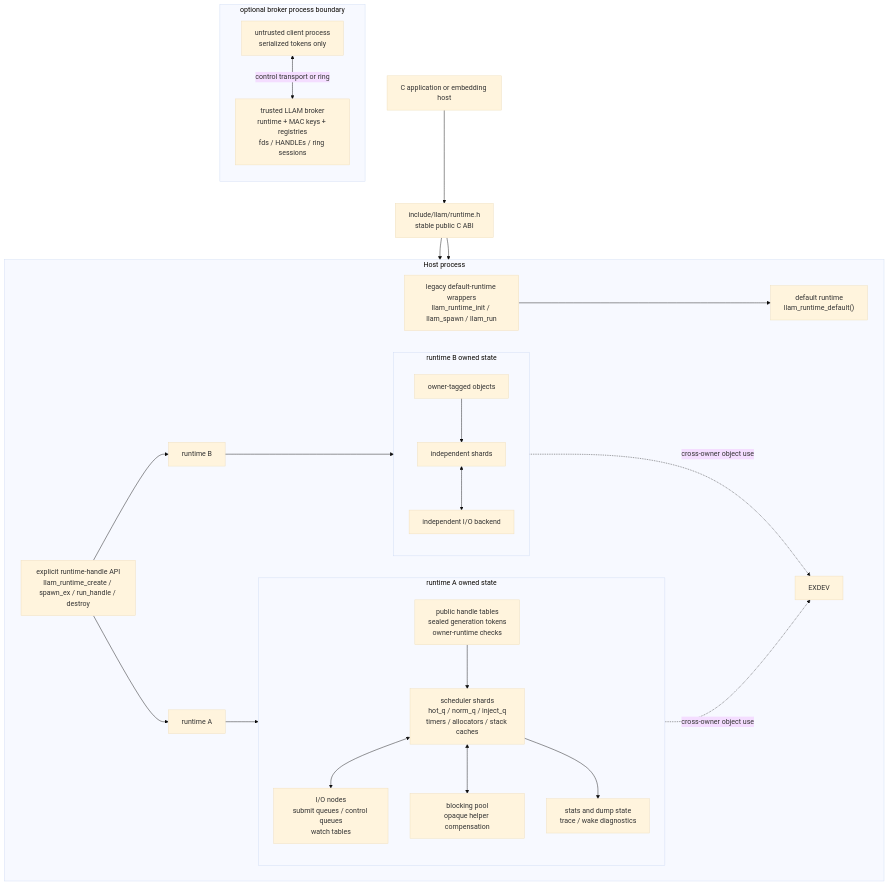
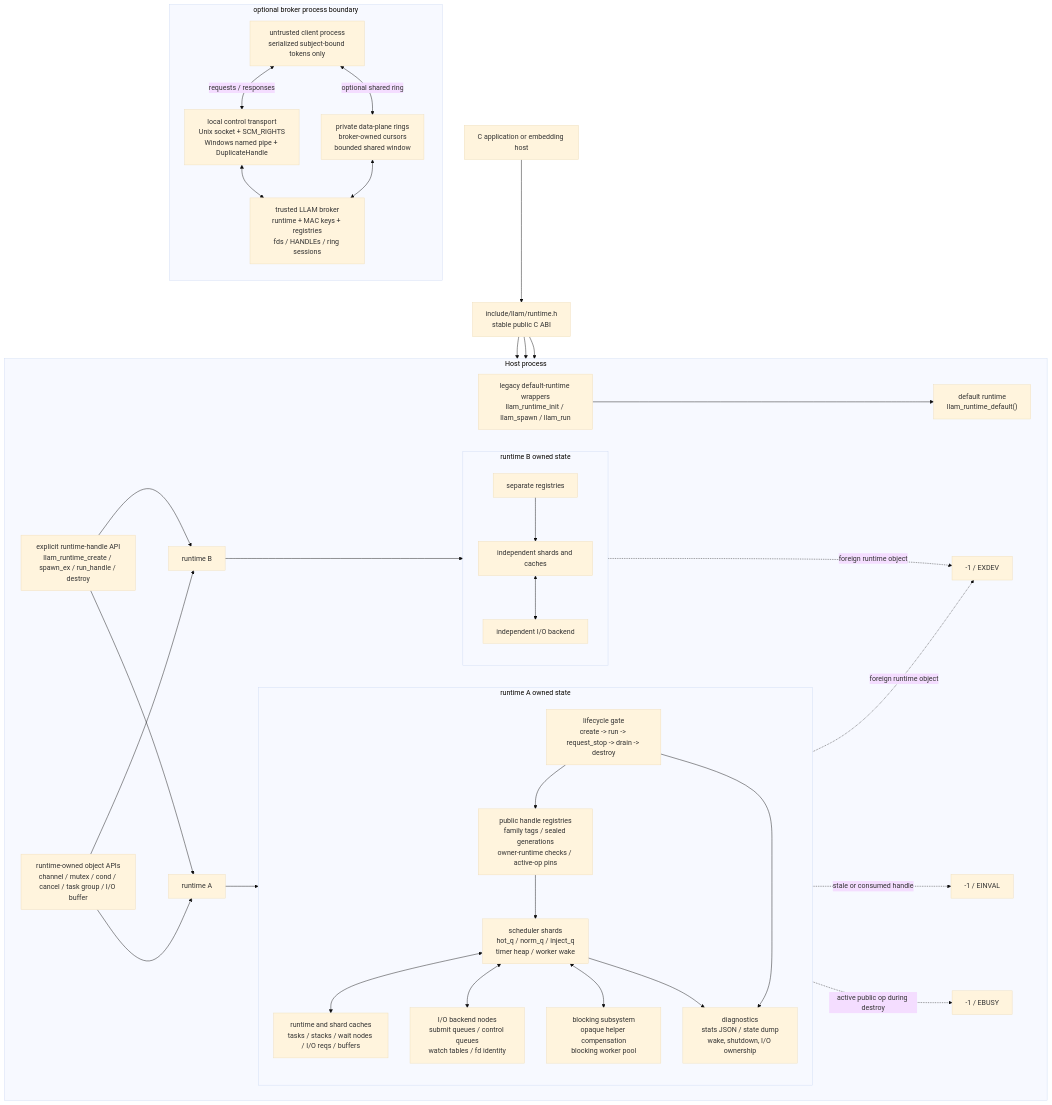
Before and after one commit to Feralthedogg/LLAM: the first of 4 diagrams in README.md, drawn with Mermaid (base theme). The commit also changed other lines of this file and 4 other files, not shown here.

Commit message:
Make broker channel storage stack safe

````diff
--- a/README.md
+++ b/README.md
@@ -1066,47 +1067,62 @@
 ```mermaid
 flowchart TB
     App["C application or embedding host"] --> PublicAPI["include/llam/runtime.h\nstable public C ABI"]
     PublicAPI --> DefaultAPI["legacy default-runtime wrappers\nllam_runtime_init / llam_spawn / llam_run"]
     PublicAPI --> HandleAPI["explicit runtime-handle API\nllam_runtime_create / spawn_ex / run_handle / destroy"]
+    PublicAPI --> ObjectAPI["runtime-owned object APIs\nchannel / mutex / cond / cancel / task group / I/O buffer"]
 
     subgraph Process["Host process"]
         direction LR
         DefaultAPI --> DefaultRuntime["default runtime\nllam_runtime_default()"]
         HandleAPI --> RuntimeA["runtime A"]
         HandleAPI --> RuntimeB["runtime B"]
+        ObjectAPI --> RuntimeA
+        ObjectAPI --> RuntimeB
 
         subgraph RuntimeAState["runtime A owned state"]
             direction TB
-            RegistryA["public handle tables\nsealed generation tokens\nowner-runtime checks"]
-            ShardsA["scheduler shards\nhot_q / norm_q / inject_q\ntimers / allocators / stack caches"]
-            NodesA["I/O nodes\nsubmit queues / control queues\nwatch tables"]
-            BlockA["blocking pool\nopaque helper compensation"]
-            DebugA["stats and dump state\ntrace / wake diagnostics"]
+            LifecycleA["lifecycle gate\ncreate -> run -> request_stop -> drain -> destroy"]
+            RegistryA["public handle registries\nfamily tags / sealed generations\nowner-runtime checks / active-op pins"]
+            ShardsA["scheduler shards\nhot_q / norm_q / inject_q\ntimer heap / worker wake"]
+            CachesA["runtime and shard caches\ntasks / stacks / wait nodes / I/O reqs / buffers"]
+            NodesA["I/O backend nodes\nsubmit queues / control queues\nwatch tables / fd identity"]
+            BlockA["blocking subsystem\nopaque helper compensation\nblocking worker pool"]
+            DebugA["diagnostics\nstats JSON / state dump\nwake, shutdown, I/O ownership"]
+            LifecycleA --> RegistryA
             RegistryA --> ShardsA
+            ShardsA <--> CachesA
             ShardsA <--> NodesA
             ShardsA <--> BlockA
+            LifecycleA --> DebugA
             ShardsA --> DebugA
         end
 
         subgraph RuntimeBState["runtime B owned state"]
             direction TB
-            RegistryB["owner-tagged objects"]
-            ShardsB["independent shards"]
+            RegistryB["separate registries"]
+            ShardsB["independent shards and caches"]
             NodesB["independent I/O backend"]
             RegistryB --> ShardsB
             ShardsB <--> NodesB
         end
 
         RuntimeA --> RegistryA
         RuntimeB --> RegistryB
-        RegistryA -. "cross-owner object use" .-> EXDEV["EXDEV"]
-        RegistryB -. "cross-owner object use" .-> EXDEV
+        RegistryA -. "foreign runtime object" .-> EXDEV["-1 / EXDEV"]
+        RegistryB -. "foreign runtime object" .-> EXDEV
+        RegistryA -. "stale or consumed handle" .-> EINVAL["-1 / EINVAL"]
+        RegistryA -. "active public op during destroy" .-> EBUSY["-1 / EBUSY"]
     end
 
     subgraph BrokerBoundary["optional broker process boundary"]
         direction TB
-        Client["untrusted client process\nserialized tokens only"]
+        Client["untrusted client process\nserialized subject-bound tokens only"]
         Broker["trusted LLAM broker\nruntime + MAC keys + registries\nfds / HANDLEs / ring sessions"]
-        Client <-->|control transport or ring| Broker
+        Transport["local control transport\nUnix socket + SCM_RIGHTS\nWindows named pipe + DuplicateHandle"]
+        Ring["private data-plane rings\nbroker-owned cursors\nbounded shared window"]
+        Client <-->|requests / responses| Transport
+        Transport <--> Broker
+        Client <-->|optional shared ring| Ring
+        Ring <--> Broker
     end
 ```
````
